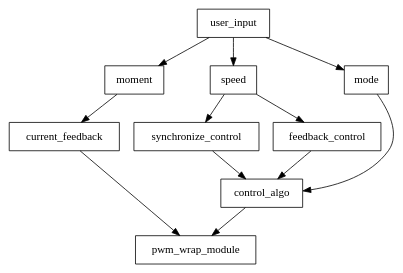
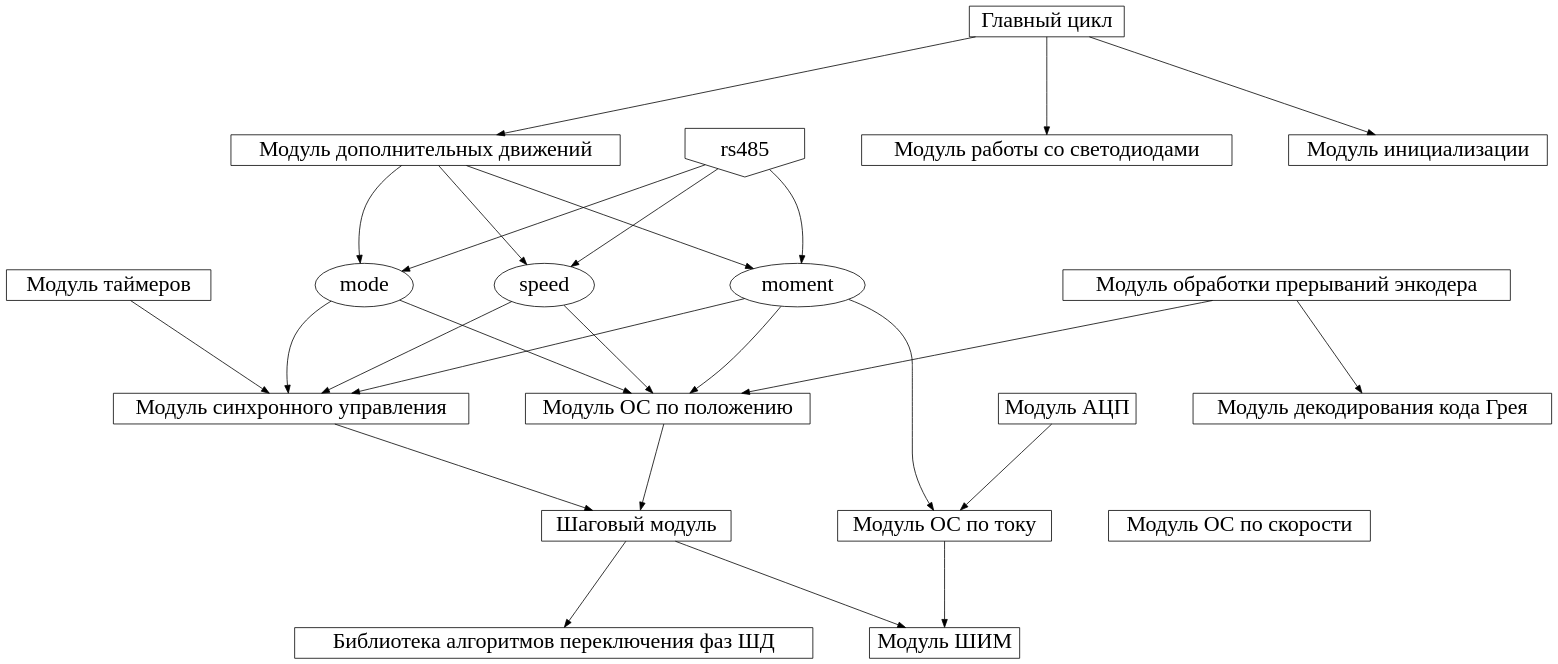
Before and after one commit to TheGreenBox/sattelite_step_drive: the diagram in docs/src/graph/soft_arch.dot, drawn with Graphviz.

Commit message:
actual architecture scheme

```diff
--- a/docs/src/graph/soft_arch.dot
+++ b/docs/src/graph/soft_arch.dot
@@ -1,38 +1,74 @@
 digraph sat_step_ach {
     start="random";
+    splines=splines;
+    nodesep=1;
+    bgcolor="transparent";
+    node[shape=record, fontname="ISOCPEUR Italic", fontsize=28];
+    edge[minlen=3];
 
+    rs485[shape=invhouse];
     {
-        rank=same
-        user_input[shape=actor];
+        rank=same;
+        moment[shape=ellipse];
+        speed[shape=ellipse];
+        mode[shape=ellipse];
     }
+
+    algo_types          [shape=box, label="Библиотека алгоритмов переключения фаз ШД"];
+    elementary_motions  [shape=box, label="Модуль дополнительных движений"];
+    adc                 [shape=box, label="Модуль АЦП"];
+    led_control         [shape=box, label="Модуль работы со светодиодами"];
+    timers              [shape=box, label="Модуль таймеров"];
+    main                [shape=box, label="Главный цикл"];
+    pwm_wrap_module     [shape=box, label="Модуль ШИМ"];
     {
-        rank=same
-        moment[shape=actor];
-        speed[shape=actor];
-        mode[shape=actor];
+        rank=same;
+        synchronized_control[shape=box, label="Модуль синхронного управления"];
+        feedback_control    [shape=box, label="Модуль ОС по положению"];
     }
+    init                [shape=box, label="Модуль инициализации"];
     {
-        rank=same
-        synchronize_control[shape=box];
-        feedback_control[shape=box];
-        current_feedback[shape=box];
+        rank=same;
+        speed_feedback      [shape=box, label="Модуль ОС по скорости"];
+        current_feedback    [shape=box, label="Модуль ОС по току"];
+        control_algo        [shape=box, label="Шаговый модуль"];
     }
-    {
-        rank=same
-        control_algo[shape=box];
-    }
-    pwm_wrap_module[shape=box];
+    sensors_encoder     [shape=box, label="Модуль обработки прерываний энкодера"];
+    sensors_gray_code_decoder[shape=box, label="Модуль декодирования кода Грея"];
 
-    user_input -> moment;
-    user_input -> speed;
-    user_input -> mode;
-    speed -> synchronize_control;
-    speed -> feedback_control;
+    rs485 -> moment;
+    rs485 -> speed;
+    rs485 -> mode;
+
+    moment -> synchronized_control;
+    speed  -> synchronized_control;
+    mode   -> synchronized_control;
+
+    moment -> feedback_control;
+    speed  -> feedback_control;
+    mode   -> feedback_control;
+
+    synchronized_control -> control_algo;
+    feedback_control     -> control_algo;
+
+    control_algo -> pwm_wrap_module;
+    control_algo -> algo_types;
+
+    timers -> synchronized_control;
+    sensors_encoder -> feedback_control;
+
+    main -> init;
+    main -> led_control;
+    main -> elementary_motions;
+
+    elementary_motions -> moment;
+    elementary_motions -> speed;
+    elementary_motions -> mode;
+
     moment -> current_feedback;
+    adc ->  current_feedback;
+    current_feedback -> pwm_wrap_module;
 
-    synchronize_control -> control_algo;
-    feedback_control -> control_algo;
 
-    mode -> control_algo -> pwm_wrap_module;
-    current_feedback -> pwm_wrap_module;
+    sensors_encoder -> sensors_gray_code_decoder;
 }
```
